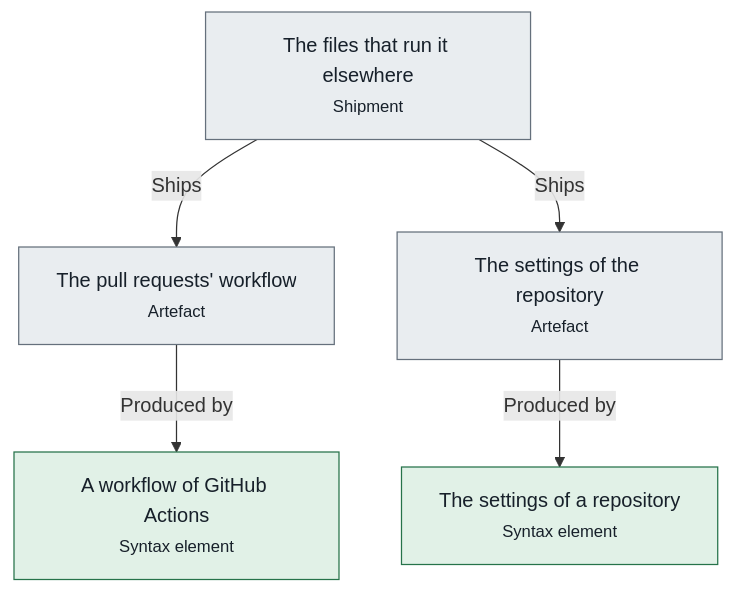
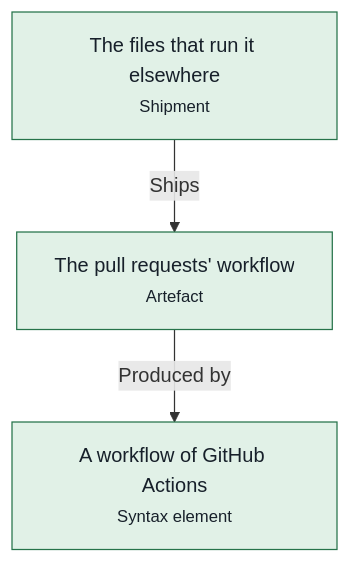
Before and after one commit to advancedcognitivesystems-ai/trame: the fourth of 4 diagrams in docs/pipelines.md, drawn with Mermaid. The commit also changed other lines of this file and 267 other files, not shown here.

First line of the commit message:
The repository's settings are a shipment of Trame; a written file names its nodes

````diff
--- a/docs/pipelines.md
+++ b/docs/pipelines.md
@@ -448,17 +502,13 @@
 ```mermaid
 flowchart TB
-  n0["The pull requests' workflow<br/><small>Artefact</small>"]:::unknown
+  n0["The pull requests' workflow<br/><small>Artefact</small>"]:::held
   n1["A workflow of GitHub Actions<br/><small>Syntax element</small>"]:::held
-  n2["The settings of the repository<br/><small>Artefact</small>"]:::unknown
-  n3["The settings of a repository<br/><small>Syntax element</small>"]:::held
-  n4["The files that run it elsewhere<br/><small>Shipment</small>"]:::unknown
+  n2["The files that run it elsewhere<br/><small>Shipment</small>"]:::held
   n0 -->|Produced by| n1
-  n2 -->|Produced by| n3
-  n4 -->|Ships| n0
-  n4 -->|Ships| n2
+  n2 -->|Ships| n0
   classDef held fill:#e1f1e7,stroke:#26734a,color:#17202a
   classDef blocked fill:#fbf0d9,stroke:#9a6200,color:#17202a
   classDef violated fill:#f9e3e1,stroke:#ad2a22,color:#17202a
   classDef unknown fill:#e9edf0,stroke:#65707c,color:#17202a
   classDef neutral fill:#ffffff,stroke:#5a6672,color:#17202a
 ```
````
